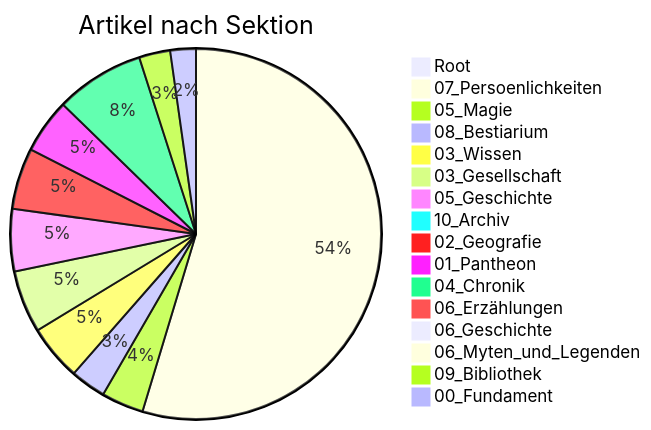
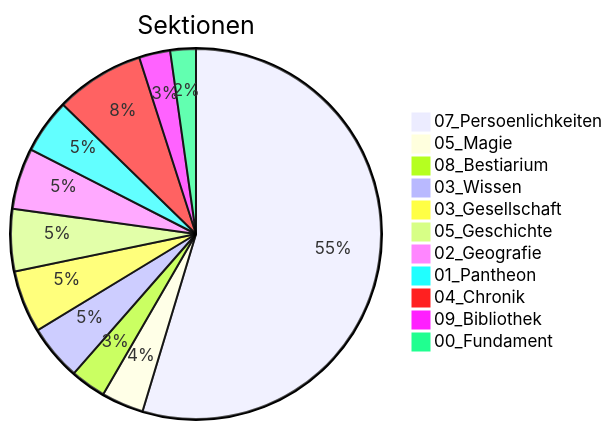
Before and after one commit to Siebenwind/7w_wiki: the diagram in Siebenwind_Wiki/10_Archiv/Wiki_Statistiken.md, drawn with Mermaid. The commit also changed other lines of this file and 2 other files, not shown here.

````diff
--- a/Siebenwind_Wiki/10_Archiv/Wiki_Statistiken.md
+++ b/Siebenwind_Wiki/10_Archiv/Wiki_Statistiken.md
@@ -26,19 +21,14 @@
 ```mermaid
-pie title Artikel nach Sektion
-    "Root" : 1
+pie title Sektionen
     "07_Persoenlichkeiten" : 563
     "05_Magie" : 38
     "08_Bestiarium" : 32
     "03_Wissen" : 50
     "03_Gesellschaft" : 56
     "05_Geschichte" : 56
-    "10_Archiv" : 5
     "02_Geografie" : 55
     "01_Pantheon" : 49
     "04_Chronik" : 80
-    "06_Erzählungen" : 9
-    "06_Geschichte" : 1
-    "06_Myten_und_Legenden" : 1
     "09_Bibliothek" : 28
     "00_Fundament" : 23
 ```
````
